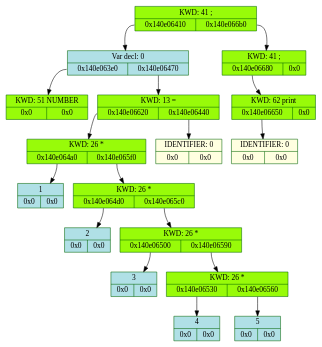
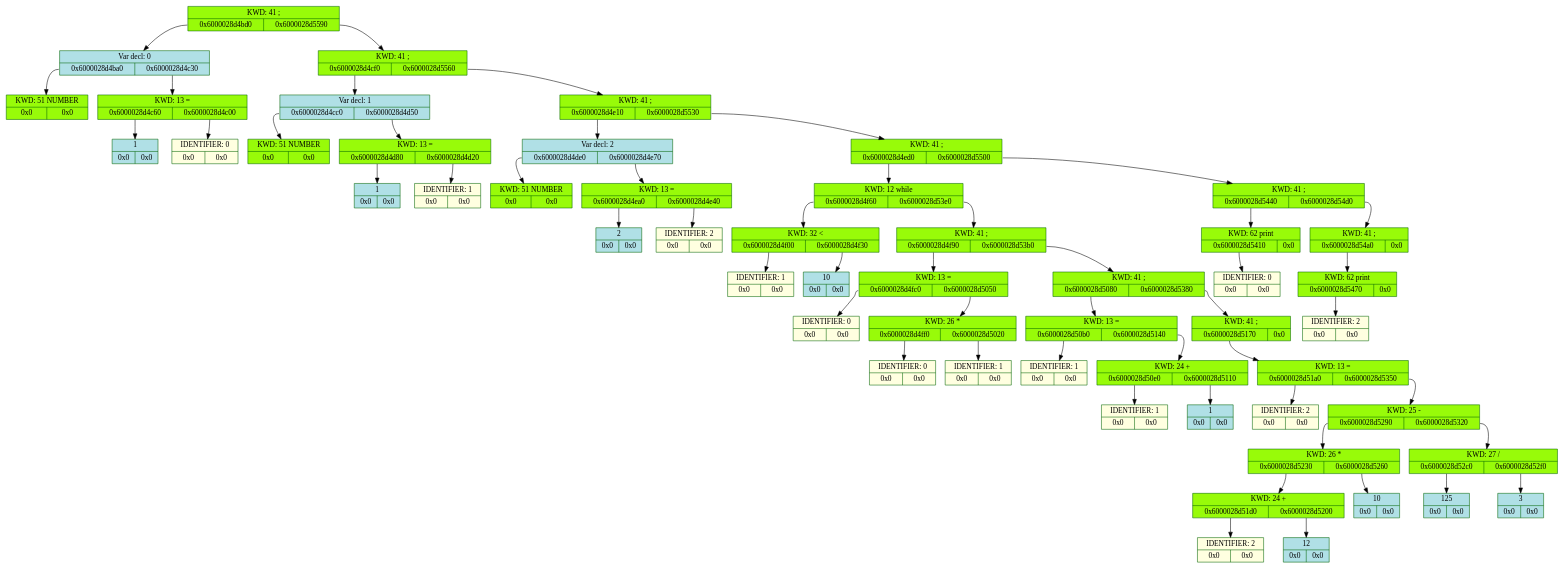
Before and after one commit to whiterno/my_lang: the diagram in frontend/log/dump.dot, drawn with Graphviz. The commit also changed 12 other files, not shown here.

```diff
--- a/frontend/log/dump.dot
+++ b/frontend/log/dump.dot
@@ -1,37 +1,109 @@
 digraph D{
 	rankdir = TB
 
-	node_5383415520 [color = "darkgreen", style = "filled", shape = "record", fillcolor = "#98FB9" label = "{KWD: 41 ;  | {<fl5383415520> 0x140e06410 | <fr5383415520> 0x140e066b0}}"]
-	node_5383415520: <fl5383415520> -> node_5383414800 [color = "black", arrowhead = "normal", label = ""]
-	node_5383414800 [color = "darkgreen", style = "filled", shape = "record", fillcolor = "#B0E0E6" label = "{Var decl: 0 | {<fl5383414800> 0x140e063e0 | <fr5383414800> 0x140e06470}}"]
-	node_5383414800: <fl5383414800> -> node_5383414752 [color = "black", arrowhead = "normal", label = ""]
-	node_5383414752 [color = "darkgreen", style = "filled", shape = "record", fillcolor = "#98FB9" label = "{KWD: 51 NUMBER  | {<fl5383414752> 0x0 | <fr5383414752> 0x0}}"]
-	node_5383414800: <fr5383414800> -> node_5383414896 [color = "black", arrowhead = "normal", label = ""]
-	node_5383414896 [color = "darkgreen", style = "filled", shape = "record", fillcolor = "#98FB9" label = "{KWD: 13 =  | {<fl5383414896> 0x140e06620 | <fr5383414896> 0x140e06440}}"]
-	node_5383414896: <fl5383414896> -> node_5383415328 [color = "black", arrowhead = "normal", label = ""]
-	node_5383415328 [color = "darkgreen", style = "filled", shape = "record", fillcolor = "#98FB9" label = "{KWD: 26 *  | {<fl5383415328> 0x140e064a0 | <fr5383415328> 0x140e065f0}}"]
-	node_5383415328: <fl5383415328> -> node_5383414944 [color = "black", arrowhead = "normal", label = ""]
-	node_5383414944 [color = "darkgreen", style = "filled", shape = "record", fillcolor = "#B0E0E6" label = "{1  | {<fl5383414944> 0x0 | <fr5383414944> 0x0}}"]
-	node_5383415328: <fr5383415328> -> node_5383415280 [color = "black", arrowhead = "normal", label = ""]
-	node_5383415280 [color = "darkgreen", style = "filled", shape = "record", fillcolor = "#98FB9" label = "{KWD: 26 *  | {<fl5383415280> 0x140e064d0 | <fr5383415280> 0x140e065c0}}"]
-	node_5383415280: <fl5383415280> -> node_5383414992 [color = "black", arrowhead = "normal", label = ""]
-	node_5383414992 [color = "darkgreen", style = "filled", shape = "record", fillcolor = "#B0E0E6" label = "{2  | {<fl5383414992> 0x0 | <fr5383414992> 0x0}}"]
-	node_5383415280: <fr5383415280> -> node_5383415232 [color = "black", arrowhead = "normal", label = ""]
-	node_5383415232 [color = "darkgreen", style = "filled", shape = "record", fillcolor = "#98FB9" label = "{KWD: 26 *  | {<fl5383415232> 0x140e06500 | <fr5383415232> 0x140e06590}}"]
-	node_5383415232: <fl5383415232> -> node_5383415040 [color = "black", arrowhead = "normal", label = ""]
-	node_5383415040 [color = "darkgreen", style = "filled", shape = "record", fillcolor = "#B0E0E6" label = "{3  | {<fl5383415040> 0x0 | <fr5383415040> 0x0}}"]
-	node_5383415232: <fr5383415232> -> node_5383415184 [color = "black", arrowhead = "normal", label = ""]
-	node_5383415184 [color = "darkgreen", style = "filled", shape = "record", fillcolor = "#98FB9" label = "{KWD: 26 *  | {<fl5383415184> 0x140e06530 | <fr5383415184> 0x140e06560}}"]
-	node_5383415184: <fl5383415184> -> node_5383415088 [color = "black", arrowhead = "normal", label = ""]
-	node_5383415088 [color = "darkgreen", style = "filled", shape = "record", fillcolor = "#B0E0E6" label = "{4  | {<fl5383415088> 0x0 | <fr5383415088> 0x0}}"]
-	node_5383415184: <fr5383415184> -> node_5383415136 [color = "black", arrowhead = "normal", label = ""]
-	node_5383415136 [color = "darkgreen", style = "filled", shape = "record", fillcolor = "#B0E0E6" label = "{5  | {<fl5383415136> 0x0 | <fr5383415136> 0x0}}"]
-	node_5383414896: <fr5383414896> -> node_5383414848 [color = "black", arrowhead = "normal", label = ""]
-	node_5383414848 [color = "darkgreen", style = "filled", shape = "record", fillcolor = "#FFFFE0" label = "{IDENTIFIER: 0 | {<fl5383414848> 0x0 | <fr5383414848> 0x0}}"]
-	node_5383415520: <fr5383415520> -> node_5383415472 [color = "black", arrowhead = "normal", label = ""]
-	node_5383415472 [color = "darkgreen", style = "filled", shape = "record", fillcolor = "#98FB9" label = "{KWD: 41 ;  | {<fl5383415472> 0x140e06680 | <fr5383415472> 0x0}}"]
-	node_5383415472: <fl5383415472> -> node_5383415424 [color = "black", arrowhead = "normal", label = ""]
-	node_5383415424 [color = "darkgreen", style = "filled", shape = "record", fillcolor = "#98FB9" label = "{KWD: 62 print  | {<fl5383415424> 0x140e06650 | <fr5383415424> 0x0}}"]
-	node_5383415424: <fl5383415424> -> node_5383415376 [color = "black", arrowhead = "normal", label = ""]
-	node_5383415376 [color = "darkgreen", style = "filled", shape = "record", fillcolor = "#FFFFE0" label = "{IDENTIFIER: 0 | {<fl5383415376> 0x0 | <fr5383415376> 0x0}}"]
+	node_105553159083456 [color = "darkgreen", style = "filled", shape = "record", fillcolor = "#98FB9" label = "{KWD: 41 ;  | {<fl105553159083456> 0x6000028d4bd0 | <fr105553159083456> 0x6000028d5590}}"]
+	node_105553159083456: <fl105553159083456> -> node_105553159080912 [color = "black", arrowhead = "normal", label = ""]
+	node_105553159080912 [color = "darkgreen", style = "filled", shape = "record", fillcolor = "#B0E0E6" label = "{Var decl: 0 | {<fl105553159080912> 0x6000028d4ba0 | <fr105553159080912> 0x6000028d4c30}}"]
+	node_105553159080912: <fl105553159080912> -> node_105553159080864 [color = "black", arrowhead = "normal", label = ""]
+	node_105553159080864 [color = "darkgreen", style = "filled", shape = "record", fillcolor = "#98FB9" label = "{KWD: 51 NUMBER  | {<fl105553159080864> 0x0 | <fr105553159080864> 0x0}}"]
+	node_105553159080912: <fr105553159080912> -> node_105553159081008 [color = "black", arrowhead = "normal", label = ""]
+	node_105553159081008 [color = "darkgreen", style = "filled", shape = "record", fillcolor = "#98FB9" label = "{KWD: 13 =  | {<fl105553159081008> 0x6000028d4c60 | <fr105553159081008> 0x6000028d4c00}}"]
+	node_105553159081008: <fl105553159081008> -> node_105553159081056 [color = "black", arrowhead = "normal", label = ""]
+	node_105553159081056 [color = "darkgreen", style = "filled", shape = "record", fillcolor = "#B0E0E6" label = "{1  | {<fl105553159081056> 0x0 | <fr105553159081056> 0x0}}"]
+	node_105553159081008: <fr105553159081008> -> node_105553159080960 [color = "black", arrowhead = "normal", label = ""]
+	node_105553159080960 [color = "darkgreen", style = "filled", shape = "record", fillcolor = "#FFFFE0" label = "{IDENTIFIER: 0 | {<fl105553159080960> 0x0 | <fr105553159080960> 0x0}}"]
+	node_105553159083456: <fr105553159083456> -> node_105553159083408 [color = "black", arrowhead = "normal", label = ""]
+	node_105553159083408 [color = "darkgreen", style = "filled", shape = "record", fillcolor = "#98FB9" label = "{KWD: 41 ;  | {<fl105553159083408> 0x6000028d4cf0 | <fr105553159083408> 0x6000028d5560}}"]
+	node_105553159083408: <fl105553159083408> -> node_105553159081200 [color = "black", arrowhead = "normal", label = ""]
+	node_105553159081200 [color = "darkgreen", style = "filled", shape = "record", fillcolor = "#B0E0E6" label = "{Var decl: 1 | {<fl105553159081200> 0x6000028d4cc0 | <fr105553159081200> 0x6000028d4d50}}"]
+	node_105553159081200: <fl105553159081200> -> node_105553159081152 [color = "black", arrowhead = "normal", label = ""]
+	node_105553159081152 [color = "darkgreen", style = "filled", shape = "record", fillcolor = "#98FB9" label = "{KWD: 51 NUMBER  | {<fl105553159081152> 0x0 | <fr105553159081152> 0x0}}"]
+	node_105553159081200: <fr105553159081200> -> node_105553159081296 [color = "black", arrowhead = "normal", label = ""]
+	node_105553159081296 [color = "darkgreen", style = "filled", shape = "record", fillcolor = "#98FB9" label = "{KWD: 13 =  | {<fl105553159081296> 0x6000028d4d80 | <fr105553159081296> 0x6000028d4d20}}"]
+	node_105553159081296: <fl105553159081296> -> node_105553159081344 [color = "black", arrowhead = "normal", label = ""]
+	node_105553159081344 [color = "darkgreen", style = "filled", shape = "record", fillcolor = "#B0E0E6" label = "{1  | {<fl105553159081344> 0x0 | <fr105553159081344> 0x0}}"]
+	node_105553159081296: <fr105553159081296> -> node_105553159081248 [color = "black", arrowhead = "normal", label = ""]
+	node_105553159081248 [color = "darkgreen", style = "filled", shape = "record", fillcolor = "#FFFFE0" label = "{IDENTIFIER: 1 | {<fl105553159081248> 0x0 | <fr105553159081248> 0x0}}"]
+	node_105553159083408: <fr105553159083408> -> node_105553159083360 [color = "black", arrowhead = "normal", label = ""]
+	node_105553159083360 [color = "darkgreen", style = "filled", shape = "record", fillcolor = "#98FB9" label = "{KWD: 41 ;  | {<fl105553159083360> 0x6000028d4e10 | <fr105553159083360> 0x6000028d5530}}"]
+	node_105553159083360: <fl105553159083360> -> node_105553159081488 [color = "black", arrowhead = "normal", label = ""]
+	node_105553159081488 [color = "darkgreen", style = "filled", shape = "record", fillcolor = "#B0E0E6" label = "{Var decl: 2 | {<fl105553159081488> 0x6000028d4de0 | <fr105553159081488> 0x6000028d4e70}}"]
+	node_105553159081488: <fl105553159081488> -> node_105553159081440 [color = "black", arrowhead = "normal", label = ""]
+	node_105553159081440 [color = "darkgreen", style = "filled", shape = "record", fillcolor = "#98FB9" label = "{KWD: 51 NUMBER  | {<fl105553159081440> 0x0 | <fr105553159081440> 0x0}}"]
+	node_105553159081488: <fr105553159081488> -> node_105553159081584 [color = "black", arrowhead = "normal", label = ""]
+	node_105553159081584 [color = "darkgreen", style = "filled", shape = "record", fillcolor = "#98FB9" label = "{KWD: 13 =  | {<fl105553159081584> 0x6000028d4ea0 | <fr105553159081584> 0x6000028d4e40}}"]
+	node_105553159081584: <fl105553159081584> -> node_105553159081632 [color = "black", arrowhead = "normal", label = ""]
+	node_105553159081632 [color = "darkgreen", style = "filled", shape = "record", fillcolor = "#B0E0E6" label = "{2  | {<fl105553159081632> 0x0 | <fr105553159081632> 0x0}}"]
+	node_105553159081584: <fr105553159081584> -> node_105553159081536 [color = "black", arrowhead = "normal", label = ""]
+	node_105553159081536 [color = "darkgreen", style = "filled", shape = "record", fillcolor = "#FFFFE0" label = "{IDENTIFIER: 2 | {<fl105553159081536> 0x0 | <fr105553159081536> 0x0}}"]
+	node_105553159083360: <fr105553159083360> -> node_105553159083312 [color = "black", arrowhead = "normal", label = ""]
+	node_105553159083312 [color = "darkgreen", style = "filled", shape = "record", fillcolor = "#98FB9" label = "{KWD: 41 ;  | {<fl105553159083312> 0x6000028d4ed0 | <fr105553159083312> 0x6000028d5500}}"]
+	node_105553159083312: <fl105553159083312> -> node_105553159081680 [color = "black", arrowhead = "normal", label = ""]
+	node_105553159081680 [color = "darkgreen", style = "filled", shape = "record", fillcolor = "#98FB9" label = "{KWD: 12 while  | {<fl105553159081680> 0x6000028d4f60 | <fr105553159081680> 0x6000028d53e0}}"]
+	node_105553159081680: <fl105553159081680> -> node_105553159081824 [color = "black", arrowhead = "normal", label = ""]
+	node_105553159081824 [color = "darkgreen", style = "filled", shape = "record", fillcolor = "#98FB9" label = "{KWD: 32 \<  | {<fl105553159081824> 0x6000028d4f00 | <fr105553159081824> 0x6000028d4f30}}"]
+	node_105553159081824: <fl105553159081824> -> node_105553159081728 [color = "black", arrowhead = "normal", label = ""]
+	node_105553159081728 [color = "darkgreen", style = "filled", shape = "record", fillcolor = "#FFFFE0" label = "{IDENTIFIER: 1 | {<fl105553159081728> 0x0 | <fr105553159081728> 0x0}}"]
+	node_105553159081824: <fr105553159081824> -> node_105553159081776 [color = "black", arrowhead = "normal", label = ""]
+	node_105553159081776 [color = "darkgreen", style = "filled", shape = "record", fillcolor = "#B0E0E6" label = "{10  | {<fl105553159081776> 0x0 | <fr105553159081776> 0x0}}"]
+	node_105553159081680: <fr105553159081680> -> node_105553159082976 [color = "black", arrowhead = "normal", label = ""]
+	node_105553159082976 [color = "darkgreen", style = "filled", shape = "record", fillcolor = "#98FB9" label = "{KWD: 41 ;  | {<fl105553159082976> 0x6000028d4f90 | <fr105553159082976> 0x6000028d53b0}}"]
+	node_105553159082976: <fl105553159082976> -> node_105553159081872 [color = "black", arrowhead = "normal", label = ""]
+	node_105553159081872 [color = "darkgreen", style = "filled", shape = "record", fillcolor = "#98FB9" label = "{KWD: 13 =  | {<fl105553159081872> 0x6000028d4fc0 | <fr105553159081872> 0x6000028d5050}}"]
+	node_105553159081872: <fl105553159081872> -> node_105553159081920 [color = "black", arrowhead = "normal", label = ""]
+	node_105553159081920 [color = "darkgreen", style = "filled", shape = "record", fillcolor = "#FFFFE0" label = "{IDENTIFIER: 0 | {<fl105553159081920> 0x0 | <fr105553159081920> 0x0}}"]
+	node_105553159081872: <fr105553159081872> -> node_105553159082064 [color = "black", arrowhead = "normal", label = ""]
+	node_105553159082064 [color = "darkgreen", style = "filled", shape = "record", fillcolor = "#98FB9" label = "{KWD: 26 *  | {<fl105553159082064> 0x6000028d4ff0 | <fr105553159082064> 0x6000028d5020}}"]
+	node_105553159082064: <fl105553159082064> -> node_105553159081968 [color = "black", arrowhead = "normal", label = ""]
+	node_105553159081968 [color = "darkgreen", style = "filled", shape = "record", fillcolor = "#FFFFE0" label = "{IDENTIFIER: 0 | {<fl105553159081968> 0x0 | <fr105553159081968> 0x0}}"]
+	node_105553159082064: <fr105553159082064> -> node_105553159082016 [color = "black", arrowhead = "normal", label = ""]
+	node_105553159082016 [color = "darkgreen", style = "filled", shape = "record", fillcolor = "#FFFFE0" label = "{IDENTIFIER: 1 | {<fl105553159082016> 0x0 | <fr105553159082016> 0x0}}"]
+	node_105553159082976: <fr105553159082976> -> node_105553159082928 [color = "black", arrowhead = "normal", label = ""]
+	node_105553159082928 [color = "darkgreen", style = "filled", shape = "record", fillcolor = "#98FB9" label = "{KWD: 41 ;  | {<fl105553159082928> 0x6000028d5080 | <fr105553159082928> 0x6000028d5380}}"]
+	node_105553159082928: <fl105553159082928> -> node_105553159082112 [color = "black", arrowhead = "normal", label = ""]
+	node_105553159082112 [color = "darkgreen", style = "filled", shape = "record", fillcolor = "#98FB9" label = "{KWD: 13 =  | {<fl105553159082112> 0x6000028d50b0 | <fr105553159082112> 0x6000028d5140}}"]
+	node_105553159082112: <fl105553159082112> -> node_105553159082160 [color = "black", arrowhead = "normal", label = ""]
+	node_105553159082160 [color = "darkgreen", style = "filled", shape = "record", fillcolor = "#FFFFE0" label = "{IDENTIFIER: 1 | {<fl105553159082160> 0x0 | <fr105553159082160> 0x0}}"]
+	node_105553159082112: <fr105553159082112> -> node_105553159082304 [color = "black", arrowhead = "normal", label = ""]
+	node_105553159082304 [color = "darkgreen", style = "filled", shape = "record", fillcolor = "#98FB9" label = "{KWD: 24 +  | {<fl105553159082304> 0x6000028d50e0 | <fr105553159082304> 0x6000028d5110}}"]
+	node_105553159082304: <fl105553159082304> -> node_105553159082208 [color = "black", arrowhead = "normal", label = ""]
+	node_105553159082208 [color = "darkgreen", style = "filled", shape = "record", fillcolor = "#FFFFE0" label = "{IDENTIFIER: 1 | {<fl105553159082208> 0x0 | <fr105553159082208> 0x0}}"]
+	node_105553159082304: <fr105553159082304> -> node_105553159082256 [color = "black", arrowhead = "normal", label = ""]
+	node_105553159082256 [color = "darkgreen", style = "filled", shape = "record", fillcolor = "#B0E0E6" label = "{1  | {<fl105553159082256> 0x0 | <fr105553159082256> 0x0}}"]
+	node_105553159082928: <fr105553159082928> -> node_105553159082880 [color = "black", arrowhead = "normal", label = ""]
+	node_105553159082880 [color = "darkgreen", style = "filled", shape = "record", fillcolor = "#98FB9" label = "{KWD: 41 ;  | {<fl105553159082880> 0x6000028d5170 | <fr105553159082880> 0x0}}"]
+	node_105553159082880: <fl105553159082880> -> node_105553159082352 [color = "black", arrowhead = "normal", label = ""]
+	node_105553159082352 [color = "darkgreen", style = "filled", shape = "record", fillcolor = "#98FB9" label = "{KWD: 13 =  | {<fl105553159082352> 0x6000028d51a0 | <fr105553159082352> 0x6000028d5350}}"]
+	node_105553159082352: <fl105553159082352> -> node_105553159082400 [color = "black", arrowhead = "normal", label = ""]
+	node_105553159082400 [color = "darkgreen", style = "filled", shape = "record", fillcolor = "#FFFFE0" label = "{IDENTIFIER: 2 | {<fl105553159082400> 0x0 | <fr105553159082400> 0x0}}"]
+	node_105553159082352: <fr105553159082352> -> node_105553159082832 [color = "black", arrowhead = "normal", label = ""]
+	node_105553159082832 [color = "darkgreen", style = "filled", shape = "record", fillcolor = "#98FB9" label = "{KWD: 25 -  | {<fl105553159082832> 0x6000028d5290 | <fr105553159082832> 0x6000028d5320}}"]
+	node_105553159082832: <fl105553159082832> -> node_105553159082640 [color = "black", arrowhead = "normal", label = ""]
+	node_105553159082640 [color = "darkgreen", style = "filled", shape = "record", fillcolor = "#98FB9" label = "{KWD: 26 *  | {<fl105553159082640> 0x6000028d5230 | <fr105553159082640> 0x6000028d5260}}"]
+	node_105553159082640: <fl105553159082640> -> node_105553159082544 [color = "black", arrowhead = "normal", label = ""]
+	node_105553159082544 [color = "darkgreen", style = "filled", shape = "record", fillcolor = "#98FB9" label = "{KWD: 24 +  | {<fl105553159082544> 0x6000028d51d0 | <fr105553159082544> 0x6000028d5200}}"]
+	node_105553159082544: <fl105553159082544> -> node_105553159082448 [color = "black", arrowhead = "normal", label = ""]
+	node_105553159082448 [color = "darkgreen", style = "filled", shape = "record", fillcolor = "#FFFFE0" label = "{IDENTIFIER: 2 | {<fl105553159082448> 0x0 | <fr105553159082448> 0x0}}"]
+	node_105553159082544: <fr105553159082544> -> node_105553159082496 [color = "black", arrowhead = "normal", label = ""]
+	node_105553159082496 [color = "darkgreen", style = "filled", shape = "record", fillcolor = "#B0E0E6" label = "{12  | {<fl105553159082496> 0x0 | <fr105553159082496> 0x0}}"]
+	node_105553159082640: <fr105553159082640> -> node_105553159082592 [color = "black", arrowhead = "normal", label = ""]
+	node_105553159082592 [color = "darkgreen", style = "filled", shape = "record", fillcolor = "#B0E0E6" label = "{10  | {<fl105553159082592> 0x0 | <fr105553159082592> 0x0}}"]
+	node_105553159082832: <fr105553159082832> -> node_105553159082784 [color = "black", arrowhead = "normal", label = ""]
+	node_105553159082784 [color = "darkgreen", style = "filled", shape = "record", fillcolor = "#98FB9" label = "{KWD: 27 /  | {<fl105553159082784> 0x6000028d52c0 | <fr105553159082784> 0x6000028d52f0}}"]
+	node_105553159082784: <fl105553159082784> -> node_105553159082688 [color = "black", arrowhead = "normal", label = ""]
+	node_105553159082688 [color = "darkgreen", style = "filled", shape = "record", fillcolor = "#B0E0E6" label = "{125  | {<fl105553159082688> 0x0 | <fr105553159082688> 0x0}}"]
+	node_105553159082784: <fr105553159082784> -> node_105553159082736 [color = "black", arrowhead = "normal", label = ""]
+	node_105553159082736 [color = "darkgreen", style = "filled", shape = "record", fillcolor = "#B0E0E6" label = "{3  | {<fl105553159082736> 0x0 | <fr105553159082736> 0x0}}"]
+	node_105553159083312: <fr105553159083312> -> node_105553159083264 [color = "black", arrowhead = "normal", label = ""]
+	node_105553159083264 [color = "darkgreen", style = "filled", shape = "record", fillcolor = "#98FB9" label = "{KWD: 41 ;  | {<fl105553159083264> 0x6000028d5440 | <fr105553159083264> 0x6000028d54d0}}"]
+	node_105553159083264: <fl105553159083264> -> node_105553159083072 [color = "black", arrowhead = "normal", label = ""]
+	node_105553159083072 [color = "darkgreen", style = "filled", shape = "record", fillcolor = "#98FB9" label = "{KWD: 62 print  | {<fl105553159083072> 0x6000028d5410 | <fr105553159083072> 0x0}}"]
+	node_105553159083072: <fl105553159083072> -> node_105553159083024 [color = "black", arrowhead = "normal", label = ""]
+	node_105553159083024 [color = "darkgreen", style = "filled", shape = "record", fillcolor = "#FFFFE0" label = "{IDENTIFIER: 0 | {<fl105553159083024> 0x0 | <fr105553159083024> 0x0}}"]
+	node_105553159083264: <fr105553159083264> -> node_105553159083216 [color = "black", arrowhead = "normal", label = ""]
+	node_105553159083216 [color = "darkgreen", style = "filled", shape = "record", fillcolor = "#98FB9" label = "{KWD: 41 ;  | {<fl105553159083216> 0x6000028d54a0 | <fr105553159083216> 0x0}}"]
+	node_105553159083216: <fl105553159083216> -> node_105553159083168 [color = "black", arrowhead = "normal", label = ""]
+	node_105553159083168 [color = "darkgreen", style = "filled", shape = "record", fillcolor = "#98FB9" label = "{KWD: 62 print  | {<fl105553159083168> 0x6000028d5470 | <fr105553159083168> 0x0}}"]
+	node_105553159083168: <fl105553159083168> -> node_105553159083120 [color = "black", arrowhead = "normal", label = ""]
+	node_105553159083120 [color = "darkgreen", style = "filled", shape = "record", fillcolor = "#FFFFE0" label = "{IDENTIFIER: 2 | {<fl105553159083120> 0x0 | <fr105553159083120> 0x0}}"]
 }
```
